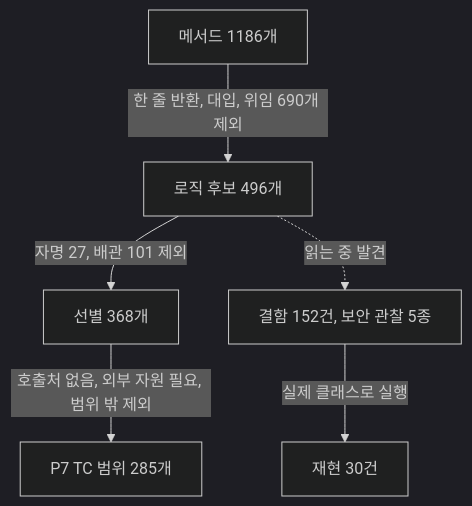
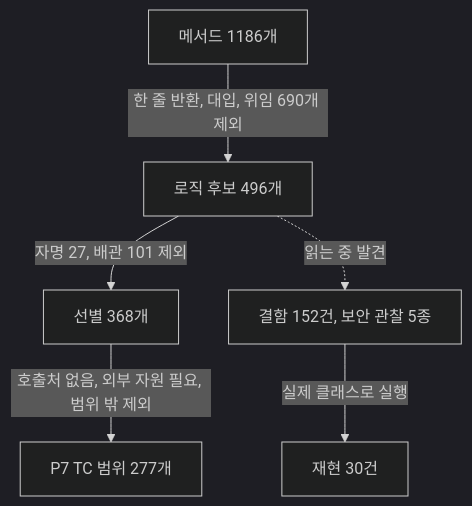
The diagram in cmt_bug/2026-09-28-common-utils-model-defects.md (Srltas/work-docs), drawn with Mermaid (dark theme) before and after one commit. The commit also changed other lines of this file, not shown here.

````diff
--- a/cmt_bug/2026-09-28-common-utils-model-defects.md
+++ b/cmt_bug/2026-09-28-common-utils-model-defects.md
@@ -18,8 +18,8 @@
 ```mermaid
 flowchart TB
     A["메서드 1186개"] -->|"한 줄 반환, 대입, 위임 690개 제외"| B["로직 후보 496개"]
     B -->|"자명 27, 배관 101 제외"| C["선별 368개"]
-    C -->|"호출처 없음, 외부 자원 필요, 범위 밖 제외"| D["P7 TC 범위 285개"]
+    C -->|"호출처 없음, 외부 자원 필요, 범위 밖 제외"| D["P7 TC 범위 277개"]
     B -.->|"읽는 중 발견"| E["결함 152건, 보안 관찰 5종"]
     E -->|"실제 클래스로 실행"| F["재현 30건"]
 ```
````
